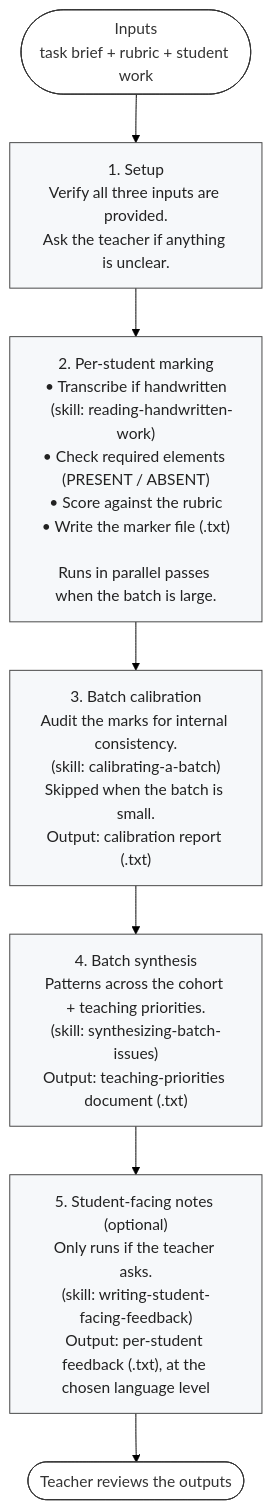
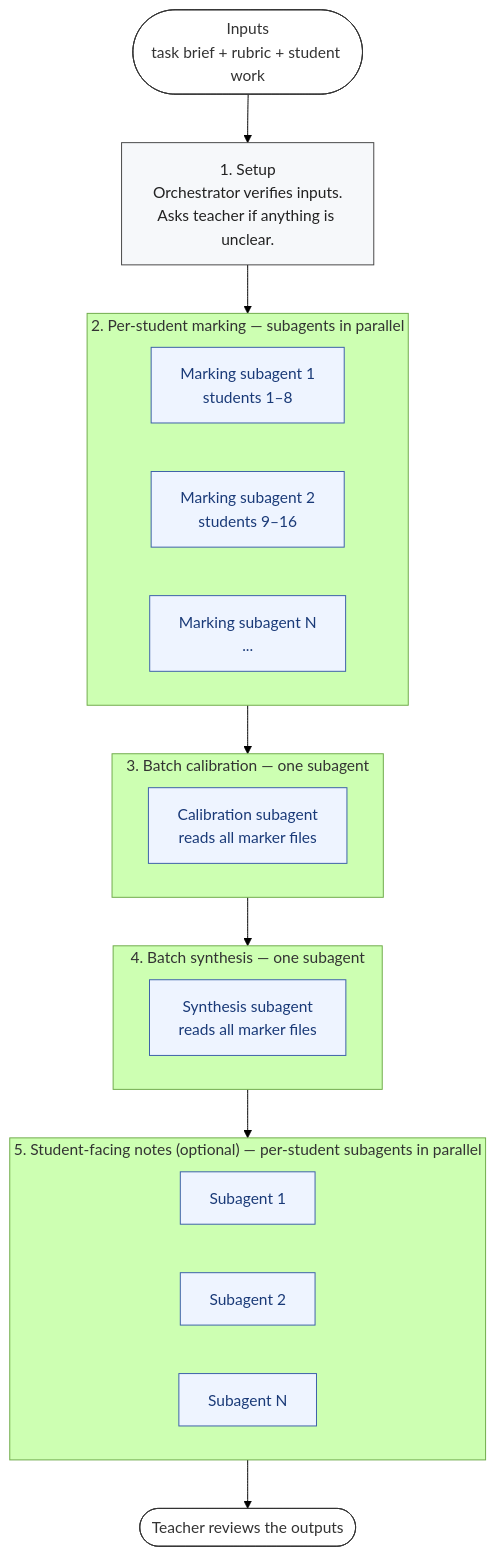
The diagram in docs/workflow.md (LucasHE952/claude-writing-marker), drawn with Mermaid (forest theme) before and after one commit. The commit also changed other lines of this file and 5 other files, not shown here.

First line of the commit message:
Enforce subagent delegation for all content-touching stages

````diff
--- a/docs/workflow.md
+++ b/docs/workflow.md
@@ -5,22 +5,42 @@
 ```mermaid
 flowchart TD
     A([Inputs<br/>task brief + rubric + student work])
-    B["1. Setup<br/>Verify all three inputs are provided.<br/>Ask the teacher if anything is unclear."]
-    C["2. Per-student marking<br/>• Transcribe if handwritten<br/>&nbsp;&nbsp;&nbsp;(skill: reading-handwritten-work)<br/>• Check required elements (PRESENT / ABSENT)<br/>• Score against the rubric<br/>• Write the marker file (.txt)<br/><br/>Runs in parallel passes when the batch is large."]
-    D["3. Batch calibration<br/>Audit the marks for internal consistency.<br/>(skill: calibrating-a-batch)<br/>Skipped when the batch is small.<br/>Output: calibration report (.txt)"]
-    E["4. Batch synthesis<br/>Patterns across the cohort + teaching priorities.<br/>(skill: synthesizing-batch-issues)<br/>Output: teaching-priorities document (.txt)"]
-    F["5. Student-facing notes (optional)<br/>Only runs if the teacher asks.<br/>(skill: writing-student-facing-feedback)<br/>Output: per-student feedback (.txt), at the chosen language level"]
+    B["1. Setup<br/>Orchestrator verifies inputs.<br/>Asks teacher if anything is unclear."]
+
+    subgraph S2 ["2. Per-student marking — subagents in parallel"]
+      direction LR
+      C1[Marking subagent 1<br/>students 1–8]
+      C2[Marking subagent 2<br/>students 9–16]
+      C3[Marking subagent N<br/>...]
+    end
+
+    subgraph S3 ["3. Batch calibration — one subagent"]
+      D1[Calibration subagent<br/>reads all marker files]
+    end
+
+    subgraph S4 ["4. Batch synthesis — one subagent"]
+      E1[Synthesis subagent<br/>reads all marker files]
+    end
+
+    subgraph S5 ["5. Student-facing notes (optional) — per-student subagents in parallel"]
+      F1[Subagent 1]
+      F2[Subagent 2]
+      F3[Subagent N]
+    end
+
     G([Teacher reviews the outputs])
 
     A --> B
-    B --> C
-    C --> D
-    D --> E
-    E --> F
-    F --> G
+    B --> S2
+    S2 --> S3
+    S3 --> S4
+    S4 --> S5
+    S5 --> G
 
     classDef io fill:#fff,stroke:#333,stroke-width:1px,color:#333
     classDef stage fill:#f6f8fa,stroke:#444,stroke-width:1px,color:#222
+    classDef sub fill:#eef4ff,stroke:#3a5ea8,stroke-width:1px,color:#1a3a78
     class A,G io
-    class B,C,D,E,F stage
+    class B stage
+    class C1,C2,C3,D1,E1,F1,F2,F3 sub
 ```
````
